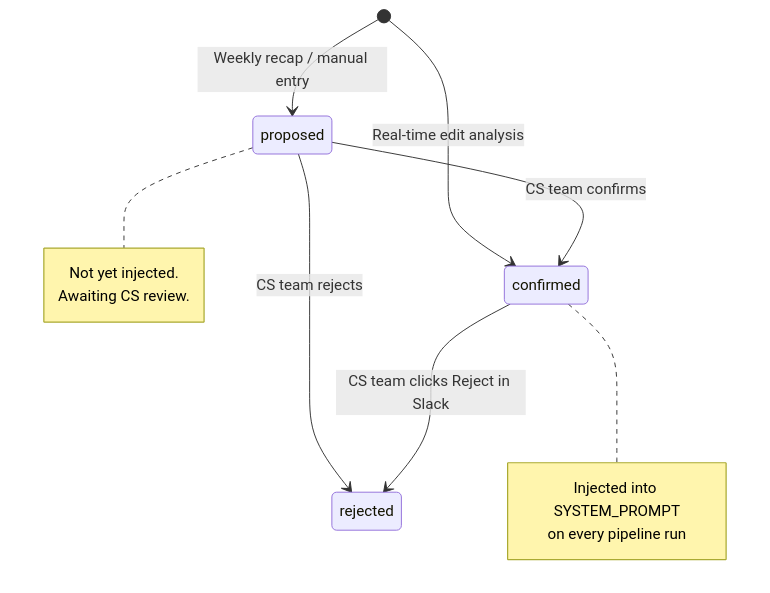
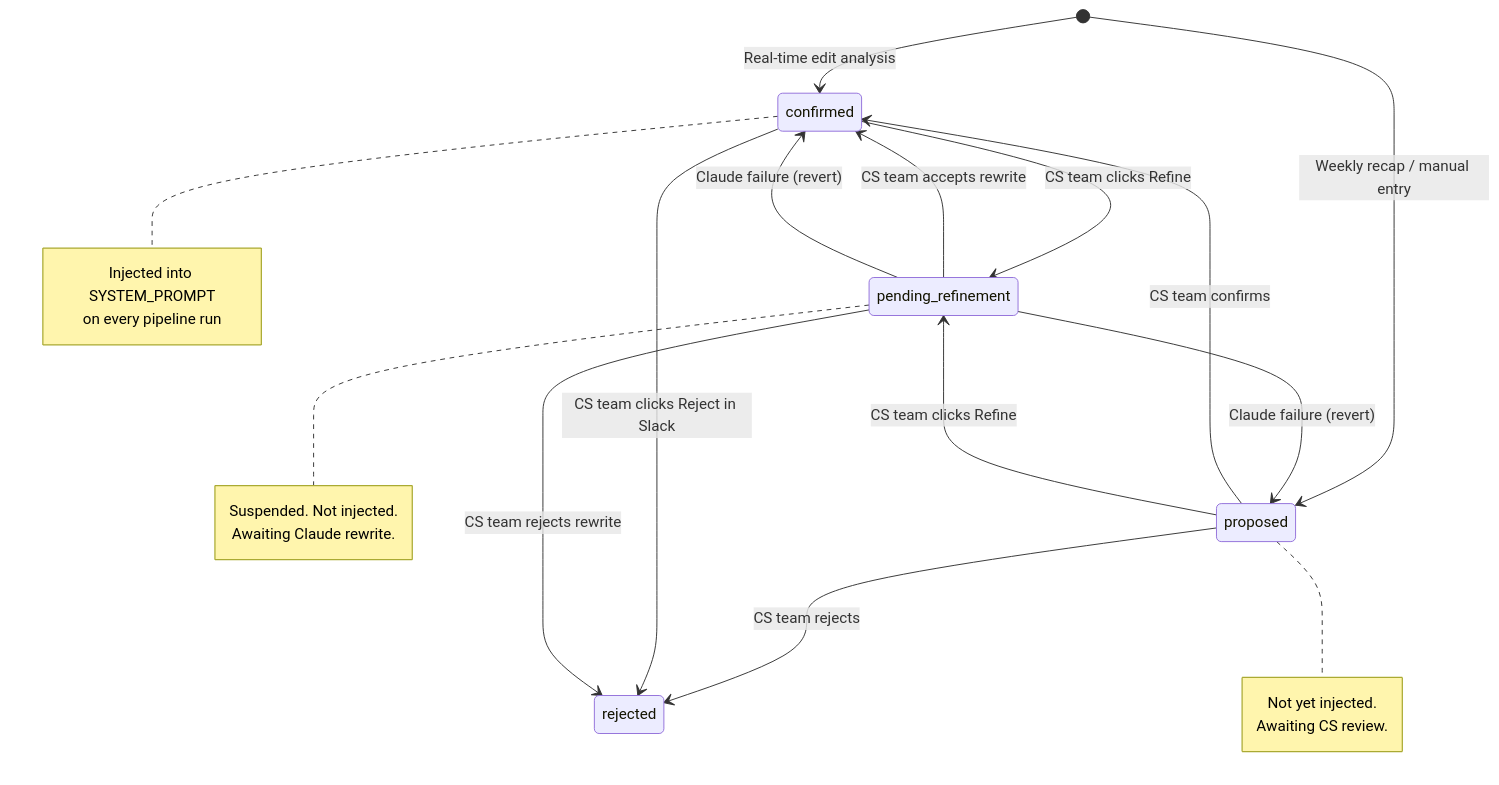
The third of 4 diagrams in docs/2026-03-19-2344-feedback-learning-and-human-tone.md (viiqswim/vlre-ai-employee), drawn with Mermaid before and after one commit. The commit also changed other lines of this file and 1 other file, not shown here.

Commit message:
docs: add rule refinement doc and update rule lifecycle diagram

````diff
--- a/docs/2026-03-19-2344-feedback-learning-and-human-tone.md
+++ b/docs/2026-03-19-2344-feedback-learning-and-human-tone.md
@@ -166,20 +166,32 @@
 ```mermaid
 stateDiagram-v2
     [*] --> confirmed : Real-time edit analysis
     [*] --> proposed : Weekly recap / manual entry
 
     proposed --> confirmed : CS team confirms
     proposed --> rejected : CS team rejects
+    proposed --> pending_refinement : CS team clicks Refine
 
     confirmed --> rejected : CS team clicks Reject in Slack
+    confirmed --> pending_refinement : CS team clicks Refine
+
+    pending_refinement --> confirmed : CS team accepts rewrite
+    pending_refinement --> rejected : CS team rejects rewrite
+    pending_refinement --> confirmed : Claude failure (revert)
+    pending_refinement --> proposed : Claude failure (revert)
 
     note right of confirmed
         Injected into SYSTEM_PROMPT
         on every pipeline run
     end note
 
     note right of proposed
         Not yet injected.
         Awaiting CS review.
     end note
+
+    note right of pending_refinement
+        Suspended. Not injected.
+        Awaiting Claude rewrite.
+    end note
 ```
````
